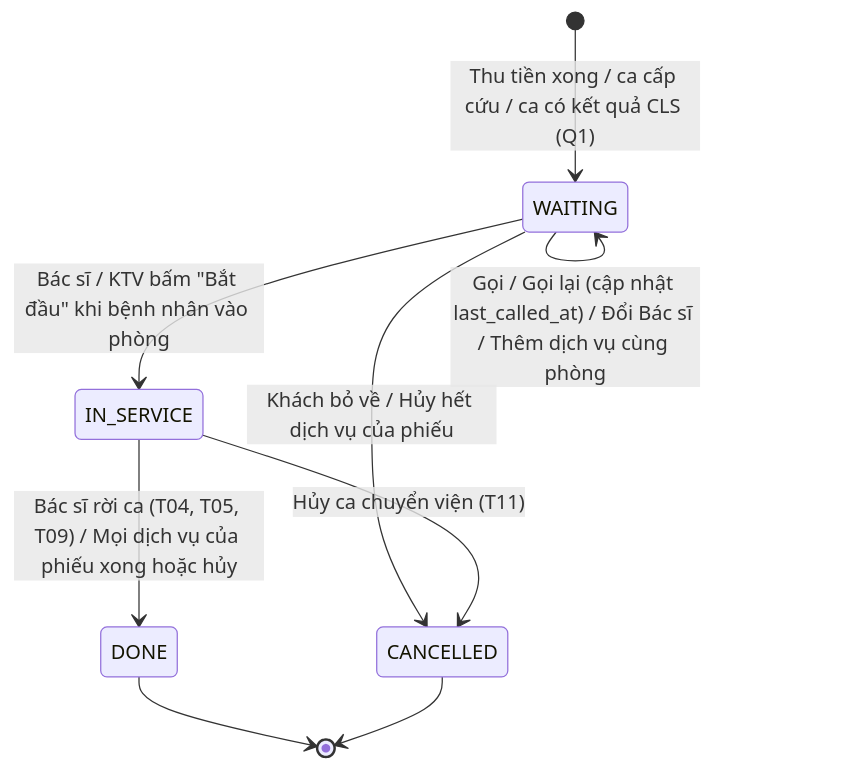
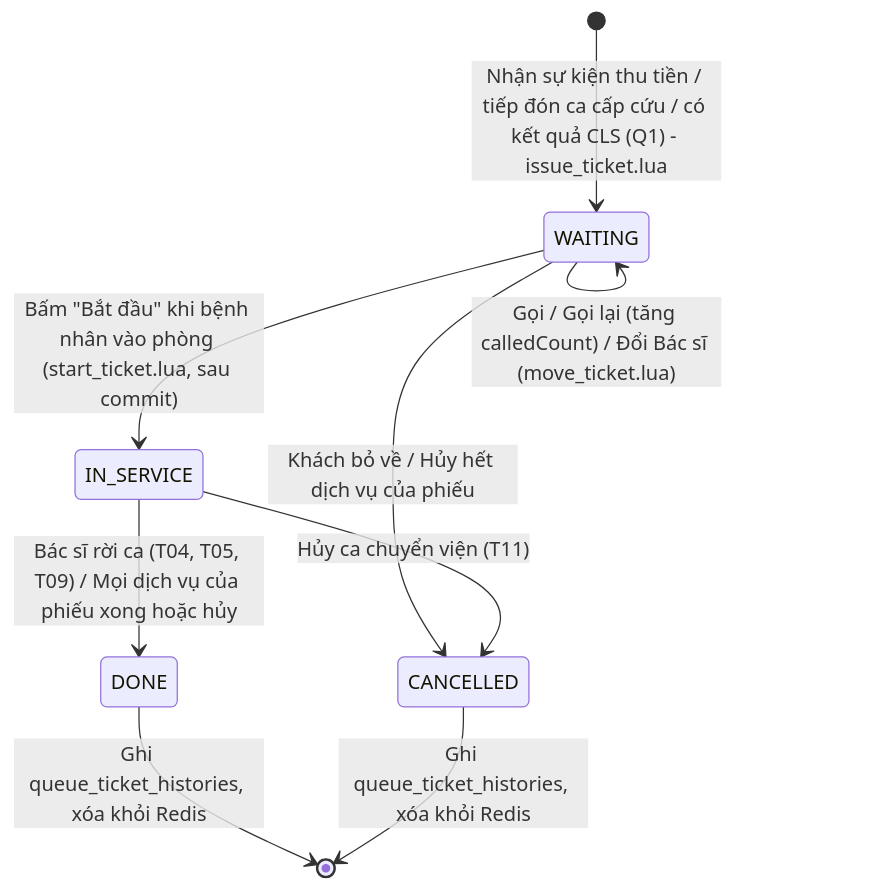
The eighth of 8 diagrams in docs/THIET_KE_SO_DO_TRANG_THAI_STATE_MACHINE.md (napersau/Doan), drawn with Mermaid before and after one commit. The commit also changed other lines of this file and 14 other files, not shown here.

Commit message:
docs: design documents v4.0 (18/11/2026, GVHD review: 52 tables / 5 DBs + Redis, UUIDv7, outbox, reporting-service)

````diff
--- a/docs/THIET_KE_SO_DO_TRANG_THAI_STATE_MACHINE.md
+++ b/docs/THIET_KE_SO_DO_TRANG_THAI_STATE_MACHINE.md
@@ -476,14 +473,14 @@
 ```mermaid
 stateDiagram-v2
-    [*] --> WAITING : Thu tiền xong / ca cấp cứu / ca có kết quả CLS (Q1)
+    [*] --> WAITING : Nhận sự kiện thu tiền / tiếp đón ca cấp cứu / có kết quả CLS (Q1) - issue_ticket.lua
 
-    WAITING --> WAITING : Gọi / Gọi lại (cập nhật last_called_at) / Đổi Bác sĩ / Thêm dịch vụ cùng phòng
-    WAITING --> IN_SERVICE : Bác sĩ / KTV bấm "Bắt đầu" khi bệnh nhân vào phòng
+    WAITING --> WAITING : Gọi / Gọi lại (tăng calledCount) / Đổi Bác sĩ (move_ticket.lua)
+    WAITING --> IN_SERVICE : Bấm "Bắt đầu" khi bệnh nhân vào phòng (start_ticket.lua, sau commit)
     WAITING --> CANCELLED : Khách bỏ về / Hủy hết dịch vụ của phiếu
 
     IN_SERVICE --> DONE : Bác sĩ rời ca (T04, T05, T09) / Mọi dịch vụ của phiếu xong hoặc hủy
     IN_SERVICE --> CANCELLED : Hủy ca chuyển viện (T11)
 
-    DONE --> [*]
-    CANCELLED --> [*]
+    DONE --> [*] : Ghi queue_ticket_histories, xóa khỏi Redis
+    CANCELLED --> [*] : Ghi queue_ticket_histories, xóa khỏi Redis
 ```
````
